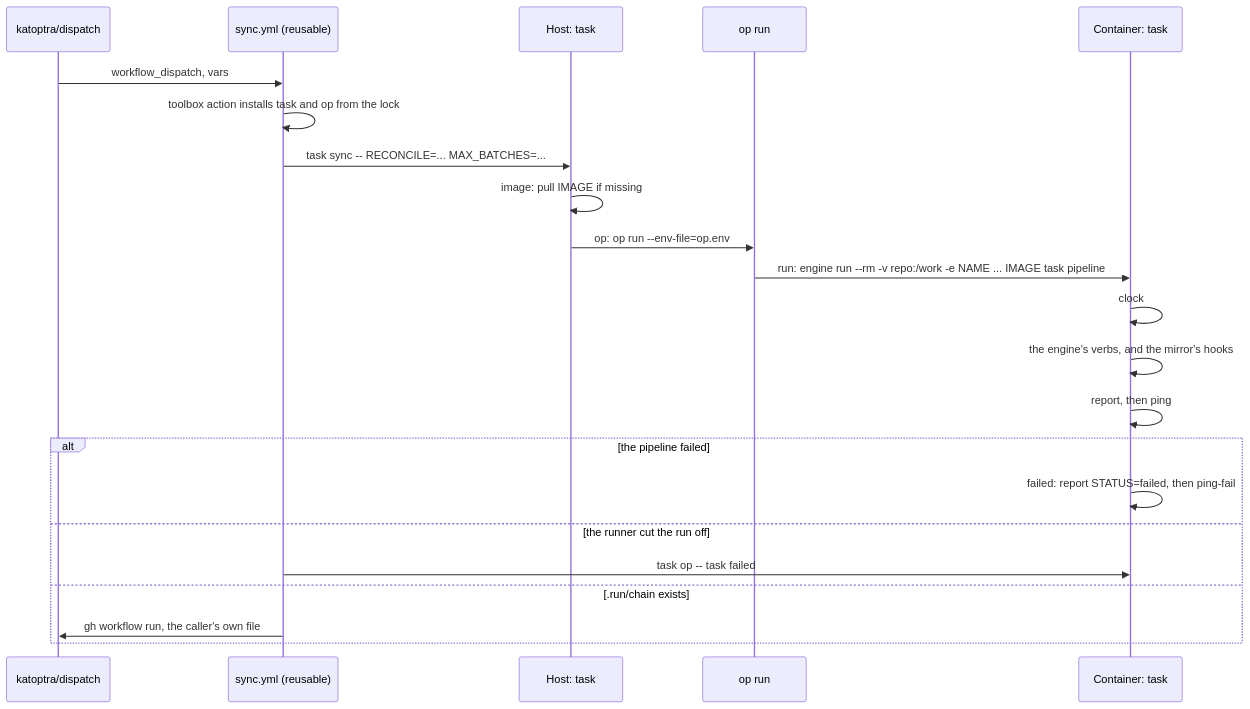
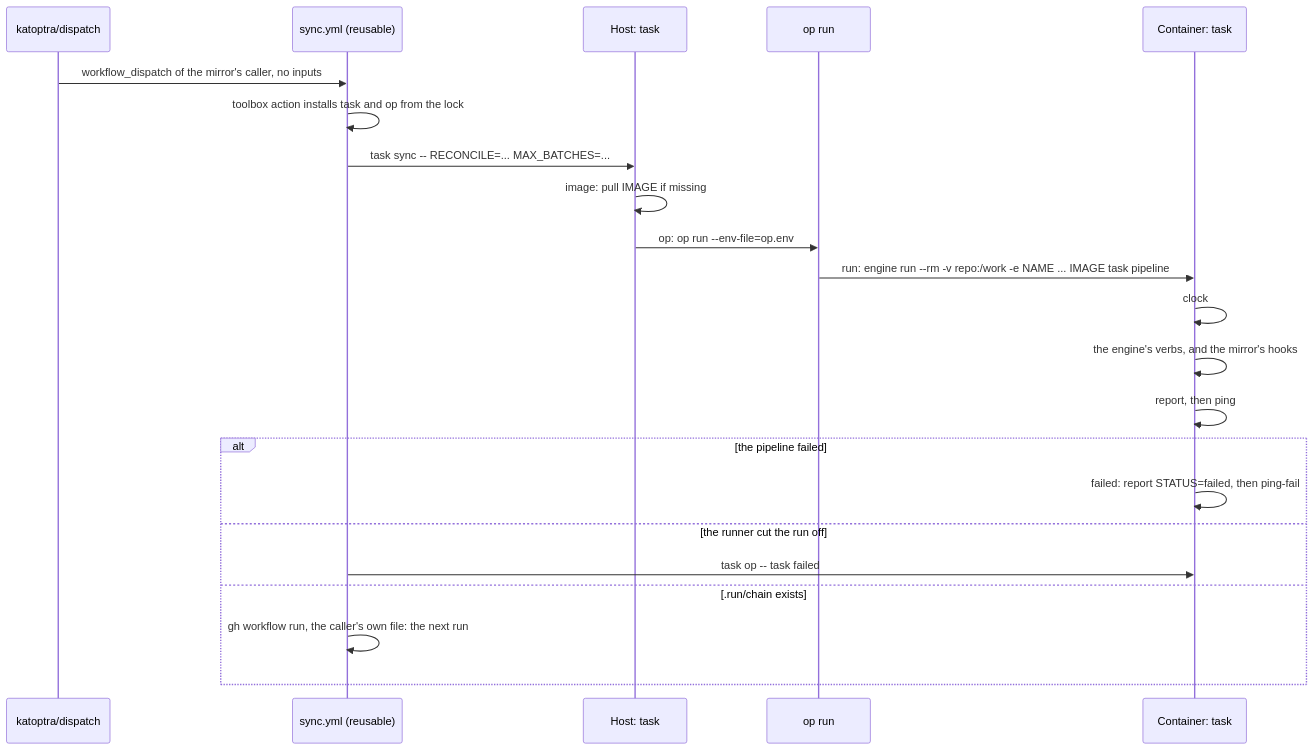
The third of 12 diagrams in README.md (katoptra/lib), drawn with Mermaid before and after one commit. The commit also changed other lines of this file, not shown here.

````diff
--- a/README.md
+++ b/README.md
@@ -95,24 +113,24 @@
 ```mermaid
 sequenceDiagram
   participant D as katoptra/dispatch
   participant W as sync.yml (reusable)
   participant H as Host: task
   participant O as op run
   participant C as Container: task
-  D->>W: workflow_dispatch, vars
+  D->>W: workflow_dispatch of the mirror's caller, no inputs
   W->>W: toolbox action installs task and op from the lock
   W->>H: task sync -- RECONCILE=... MAX_BATCHES=...
   H->>H: image: pull IMAGE if missing
   H->>O: op: op run --env-file=op.env
   O->>C: run: engine run --rm -v repo:/work -e NAME ... IMAGE task pipeline
   C->>C: clock
   C->>C: the engine's verbs, and the mirror's hooks
   C->>C: report, then ping
   alt the pipeline failed
     C->>C: failed: report STATUS=failed, then ping-fail
   else the runner cut the run off
     W->>C: task op -- task failed
   else .run/chain exists
-    W->>D: gh workflow run, the caller's own file
+    W->>W: gh workflow run, the caller's own file: the next run
   end
 ```
````
